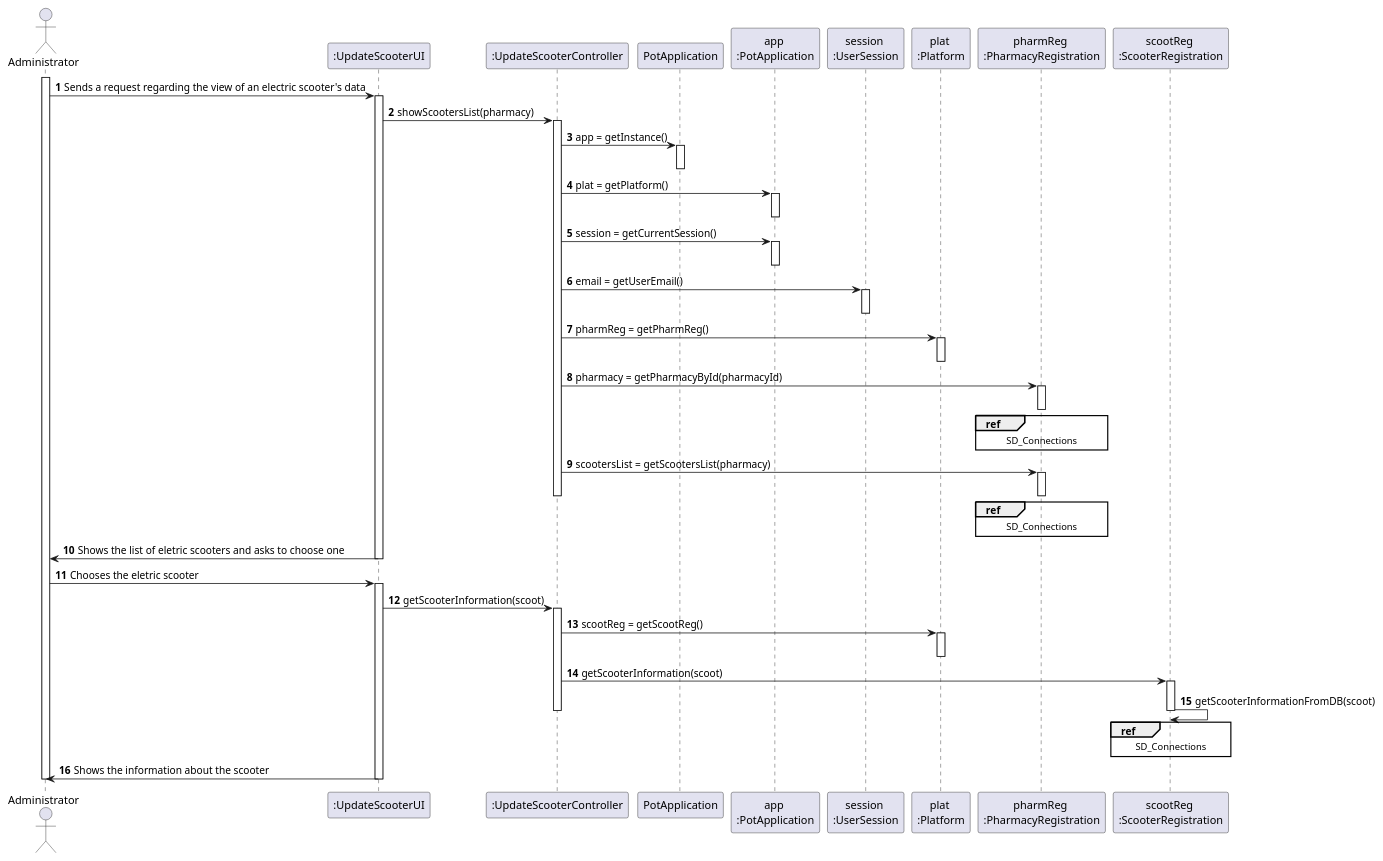
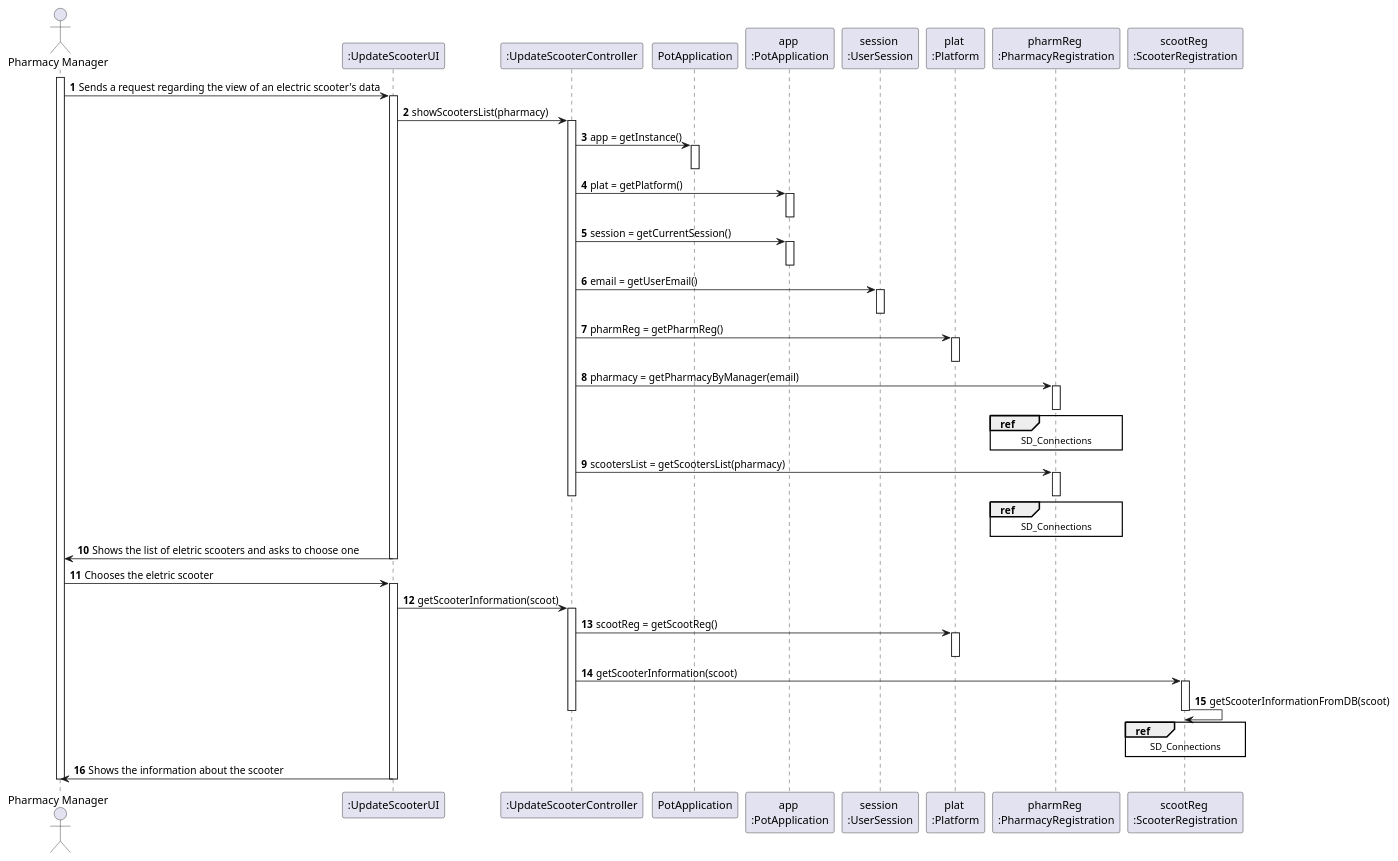
One commit to tiagoavcosta25/LAPR3 changed the diagram in docs/Iteration 1/Scooter Management/US57_ScooterInformation/US57_SD.puml. Above: the diagram before and after it, drawn with PlantUML. The commit also changed 7 other files, not shown here.

Commit message:
LAPR2AP2 - 162 #fixing Scooter Information [Analysis] LAPR2AP2 - 163 #fixing Scooter Information [Design]

```diff
--- a/docs/Iteration 1/Scooter Management/US57_ScooterInformation/US57_SD.puml
+++ b/docs/Iteration 1/Scooter Management/US57_ScooterInformation/US57_SD.puml
@@ -1,74 +1,74 @@
 @startuml
 autonumber
-actor "Administrator" as ADMIN
+actor "Pharmacy Manager" as PHARMAN
 
 participant ":UpdateScooterUI" as UI
 participant ":UpdateScooterController" as CTRL
 participant "PotApplication" as PA
 participant "app \n:PotApplication" as APA
 participant "session \n:UserSession" as US
 participant "plat \n:Platform" as PLAT
 participant "pharmReg \n:PharmacyRegistration" as PH
 participant "scootReg \n:ScooterRegistration" as RS
 
 
 
-activate ADMIN
+activate PHARMAN
 
-ADMIN -> UI : Sends a request regarding the view of an electric scooter's data
+PHARMAN -> UI : Sends a request regarding the view of an electric scooter's data
 activate UI
 UI -> CTRL : showScootersList(pharmacy)
 activate CTRL
 CTRL -> PA : app = getInstance()
 activate PA
 deactivate PA
 CTRL -> APA : plat = getPlatform()
 activate APA
 deactivate APA
 CTRL -> APA : session = getCurrentSession()
 activate APA
 deactivate APA
 CTRL -> US : email = getUserEmail()
 activate US
 deactivate US
 CTRL -> PLAT : pharmReg = getPharmReg()
 activate PLAT
 deactivate PLAT
-CTRL -> PH : pharmacy = getPharmacyById(pharmacyId)
+CTRL -> PH : pharmacy = getPharmacyByManager(email)
 activate PH
 ref over PH
 SD_Connections
 end ref
 deactivate PH
 CTRL -> PH : scootersList = getScootersList(pharmacy)
 activate PH
 ref over PH
 SD_Connections
 end ref
 deactivate PH
 deactivate CTRL
-UI -> ADMIN : Shows the list of eletric scooters and asks to choose one
+UI -> PHARMAN : Shows the list of eletric scooters and asks to choose one
 deactivate UI
 
-ADMIN -> UI : Chooses the eletric scooter
+PHARMAN -> UI : Chooses the eletric scooter
 activate UI
 UI -> CTRL : getScooterInformation(scoot)
 activate CTRL
 CTRL -> PLAT : scootReg = getScootReg()
 activate PLAT
 deactivate PLAT
 CTRL -> RS : getScooterInformation(scoot)
 activate RS
 RS -> RS : getScooterInformationFromDB(scoot)
 ref over RS
 SD_Connections
 end ref
 deactivate RS
 deactivate CTRL
-UI -> ADMIN : Shows the information about the scooter
+UI -> PHARMAN : Shows the information about the scooter
 
 deactivate UI
 
-deactivate ADMIN
+deactivate PHARMAN
 
 @enduml
```
